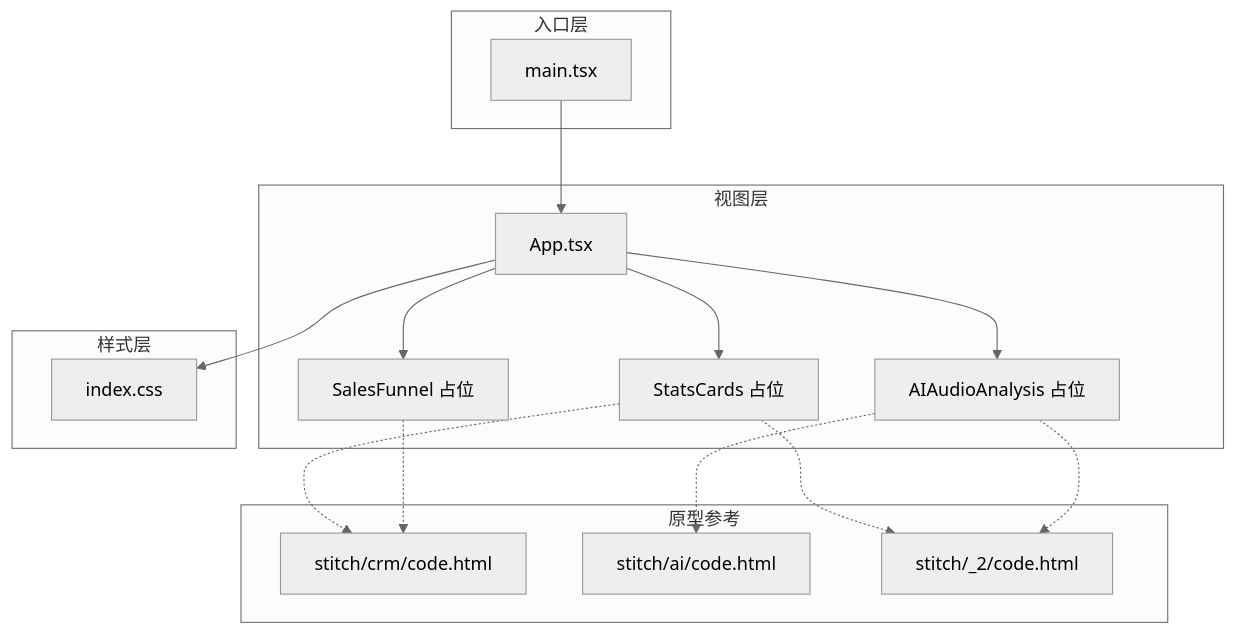
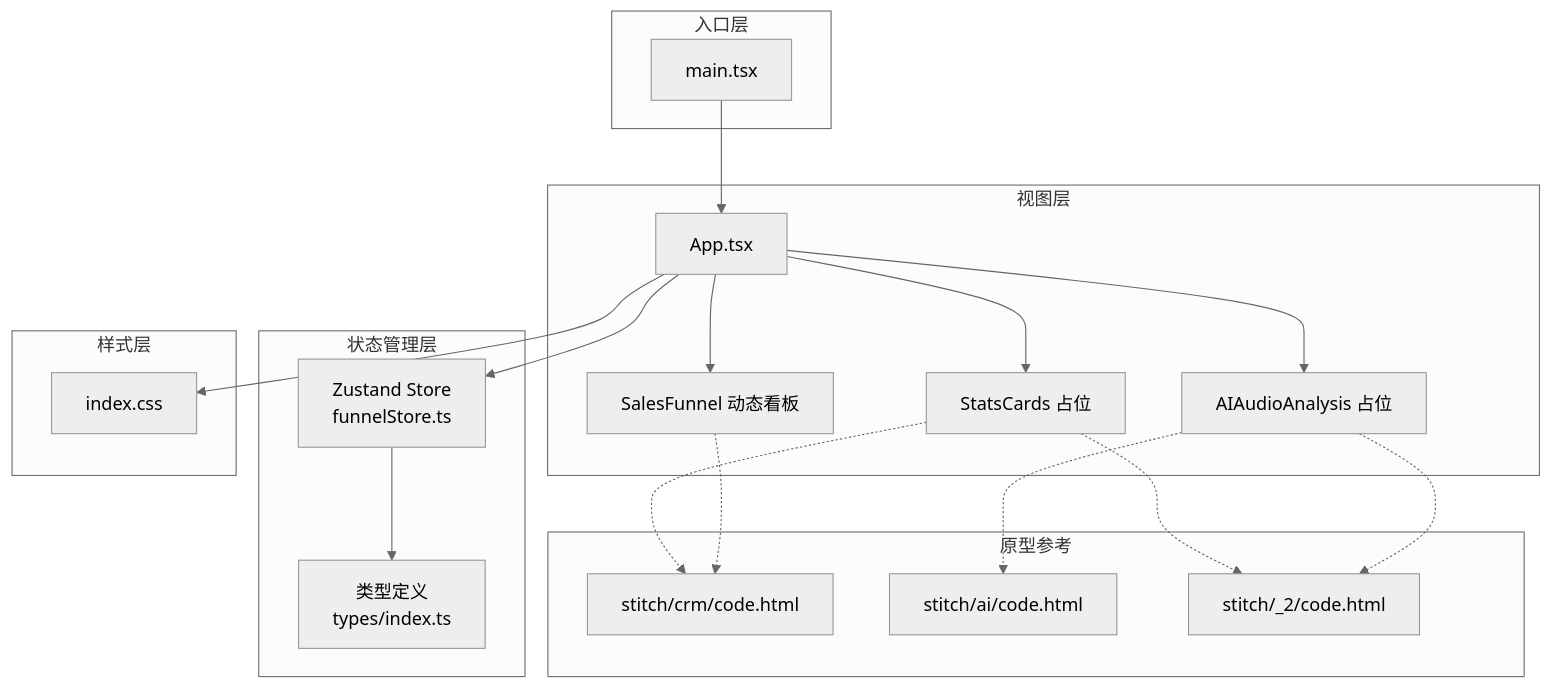
Before and after one commit to xianjianshenqu/SalesFlow-CRM: the second of 6 diagrams in .qoder/repowiki/zh/content/UI_UX设计/组件库规范/数据展示组件规范.md, drawn with Mermaid (neutral theme). The commit also changed other lines of this file and 25 other files, not shown here.

````diff
--- a/.qoder/repowiki/zh/content/UI_UX设计/组件库规范/数据展示组件规范.md
+++ b/.qoder/repowiki/zh/content/UI_UX设计/组件库规范/数据展示组件规范.md
@@ -73,30 +86,36 @@
 ```mermaid
 graph TB
 subgraph "入口层"
 MAIN["main.tsx"]
 end
 subgraph "视图层"
 APP["App.tsx"]
 STATS["StatsCards 占位"]
-FUNNEL["SalesFunnel 占位"]
+FUNNEL["SalesFunnel 动态看板"]
 AUDIO["AIAudioAnalysis 占位"]
+end
+subgraph "状态管理层"
+STORE["Zustand Store<br/>funnelStore.ts"]
+TYPES["类型定义<br/>types/index.ts"]
 end
 subgraph "样式层"
 CSS["index.css"]
 end
 subgraph "原型参考"
 CRM_HTML["stitch/crm/code.html"]
 AI_HTML["stitch/ai/code.html"]
 COMMON_HTML["stitch/_2/code.html"]
 end
 MAIN --> APP
 APP --> STATS
 APP --> FUNNEL
 APP --> AUDIO
+APP --> STORE
+STORE --> TYPES
 APP --> CSS
 STATS -.-> CRM_HTML
 FUNNEL -.-> CRM_HTML
 AUDIO -.-> AI_HTML
 STATS -.-> COMMON_HTML
 AUDIO -.-> COMMON_HTML
 ```
````
